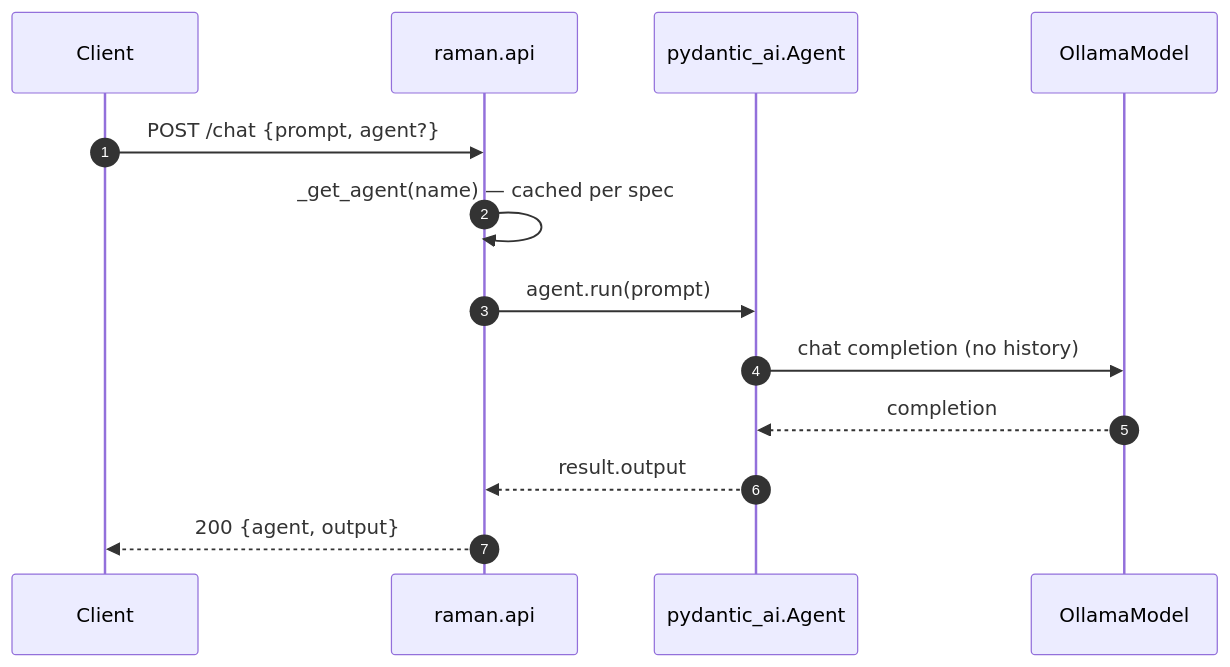
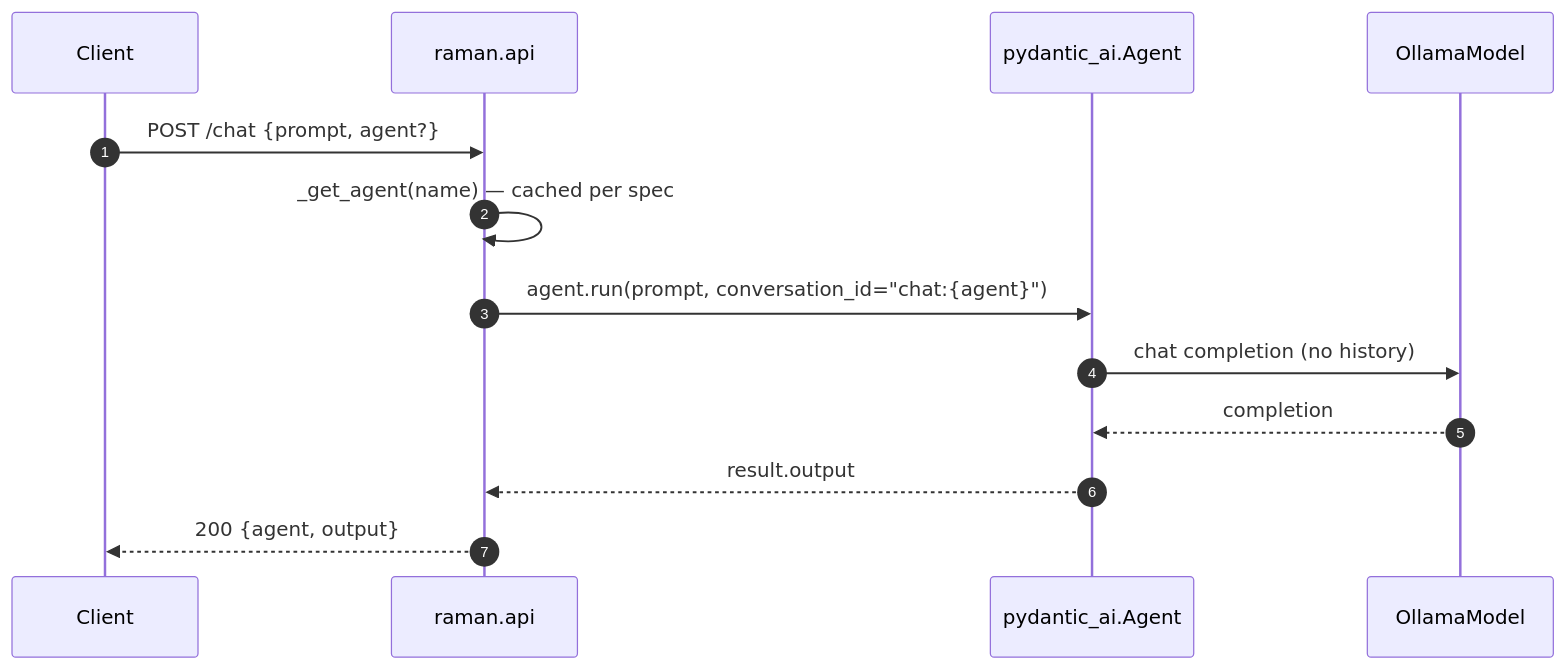
One commit to raniendu/platform changed the second of 5 diagrams in apps/raman/docs/current_architecture.md. Above: the diagram before and after it, drawn with Mermaid. The commit also changed other lines of this file and 12 other files, not shown here.

````diff
--- a/apps/raman/docs/current_architecture.md
+++ b/apps/raman/docs/current_architecture.md
@@ -110,16 +111,16 @@
 ```mermaid
 sequenceDiagram
     autonumber
     participant Client
     participant API as raman.api
     participant Agent as pydantic_ai.Agent
     participant Model as OllamaModel
 
     Client->>API: POST /chat {prompt, agent?}
     API->>API: _get_agent(name) — cached per spec
-    API->>Agent: agent.run(prompt)
+    API->>Agent: agent.run(prompt, conversation_id="chat:{agent}")
     Agent->>Model: chat completion (no history)
     Model-->>Agent: completion
     Agent-->>API: result.output
     API-->>Client: 200 {agent, output}
 ```
````
